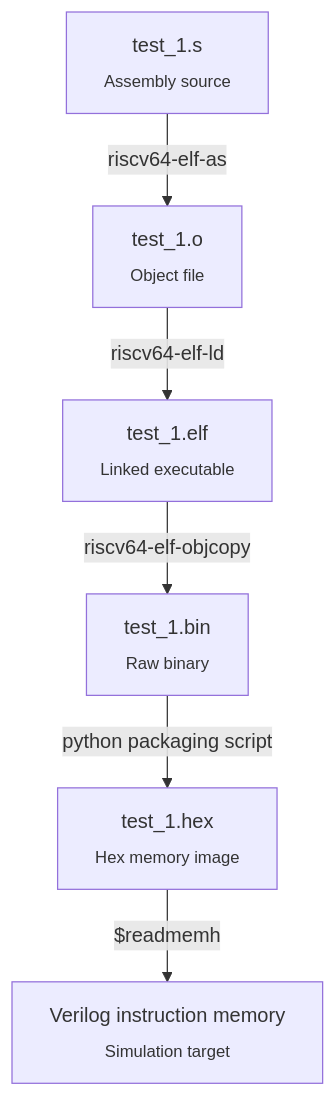
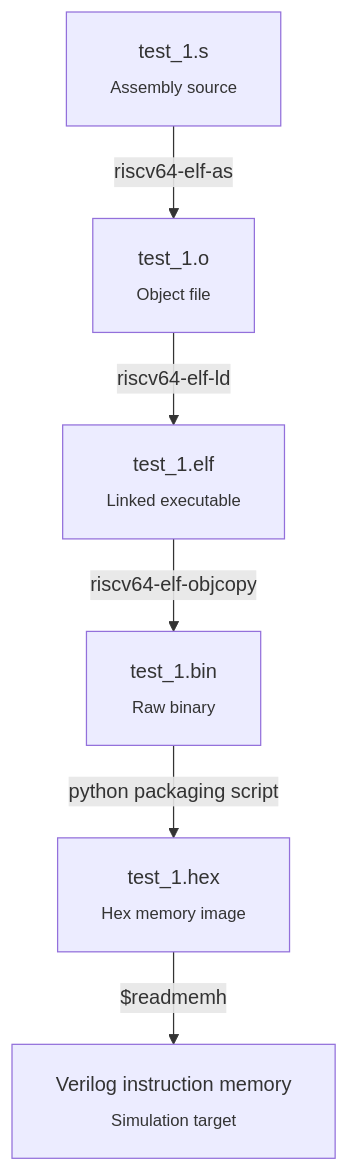
The diagram in README.md (mkartsiotis/prometheus_cpu), drawn with Mermaid before and after one commit.

Commit message:
Added svg mermaid diagram to README

`````diff
--- a/README.md
+++ b/README.md
@@ -289,8 +289,8 @@
 ```mermaid
 flowchart TD
-    A["test_1.s<br/><sub>Assembly source</sub>"] -->|riscv64-elf-as| B["test_1.o<br/><sub>Object file</sub>"]
-    B -->|riscv64-elf-ld| C["test_1.elf<br/><sub>Linked executable</sub>"]
-    C -->|riscv64-elf-objcopy| D["test_1.bin<br/><sub>Raw binary</sub>"]
-    D -->|python packaging script| E["test_1.hex<br/><sub>Hex memory image</sub>"]
-    E -->|"$readmemh"| F["Verilog instruction memory<br/><sub>Simulation target</sub>"]
-````
+    A["<div style='padding: 5px;'>test_1.s<br/><sub>Assembly source</sub></div>"] -->|riscv64-elf-as| B["<div style='padding: 5px;'>test_1.o<br/><sub>Object file</sub></div>"]
+    B -->|riscv64-elf-ld| C["<div style='padding: 5px;'>test_1.elf<br/><sub>Linked executable</sub></div>"]
+    C -->|riscv64-elf-objcopy| D["<div style='padding: 5px;'>test_1.bin<br/><sub>Raw binary</sub></div>"]
+    D -->|python packaging script| E["<div style='padding: 5px;'>test_1.hex<br/><sub>Hex memory image</sub></div>"]
+    E -->|"$readmemh"| F["<div style='padding: 5px;'>Verilog instruction memory<br/><sub>Simulation target</sub></div>"]
+```
`````
